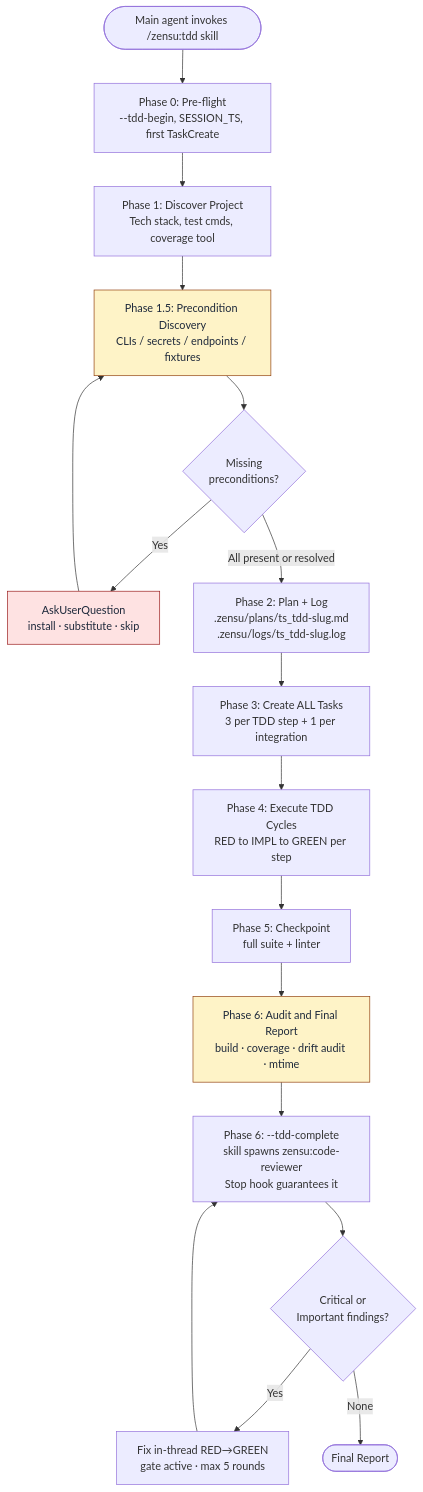
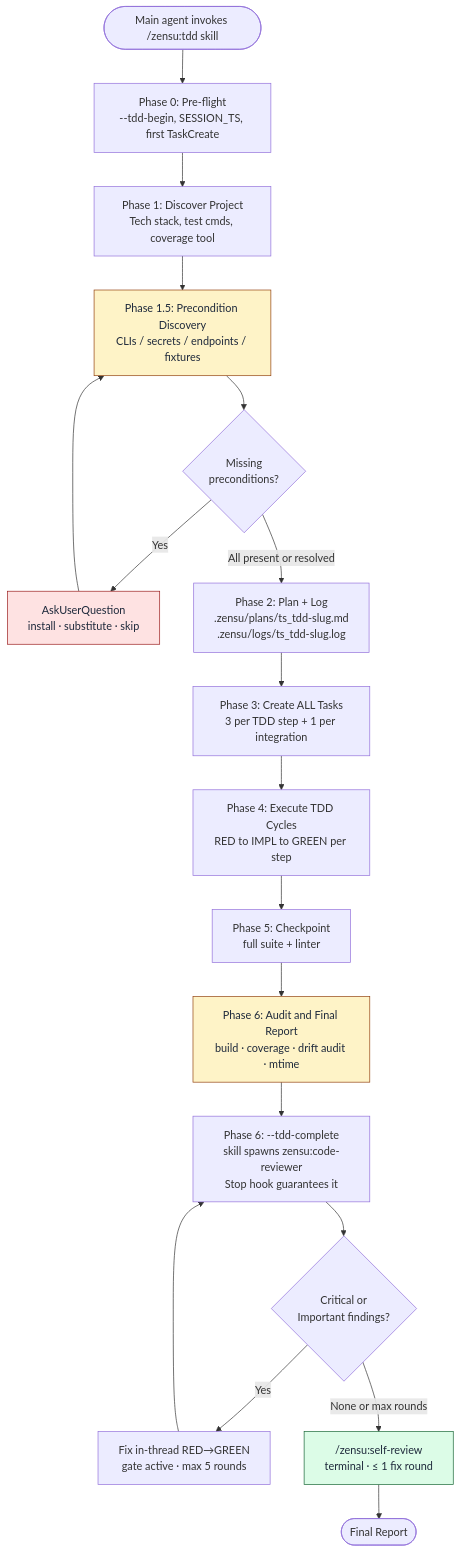
The first of 4 diagrams in docs/tdd-manager-workflow.md (MKITConsulting/zensu-claude-code), drawn with Mermaid before and after one commit. The commit also changed other lines of this file and 1 other file, not shown here.

Commit message:
docs: reflect /zensu:self-review terminal stage in workflow charts
The README "Agent & Workflow Overview" mermaid and the docs section-3
high-level chart still ended the implementation chain at code-reviewer /
Review Report. Add the terminal /zensu:self-review stage (converged ->
self-review -> Final Report) and re-point the artifact link from the
review report to the Final Report. Also quote the section-9 SelfRev node
label so the leading "/" is not mis-parsed as a mermaid parallelogram.

````diff
--- a/docs/tdd-manager-workflow.md
+++ b/docs/tdd-manager-workflow.md
@@ -54,23 +54,25 @@
 ```mermaid
 flowchart TD
     Start([Main agent invokes /zensu:tdd skill]) --> P0[Phase 0: Pre-flight<br/>--tdd-begin, SESSION_TS, first TaskCreate]
     P0 --> P1[Phase 1: Discover Project<br/>Tech stack, test cmds, coverage tool]
     P1 --> P15[Phase 1.5: Precondition Discovery<br/>CLIs / secrets / endpoints / fixtures]
     P15 --> Q{Missing<br/>preconditions?}
     Q -->|Yes| Ask[AskUserQuestion<br/>install · substitute · skip]
     Ask --> P15
     Q -->|All present or resolved| P2[Phase 2: Plan + Log<br/>.zensu/plans/ts_tdd-slug.md<br/>.zensu/logs/ts_tdd-slug.log]
     P2 --> P3[Phase 3: Create ALL Tasks<br/>3 per TDD step + 1 per integration]
     P3 --> P4[Phase 4: Execute TDD Cycles<br/>RED to IMPL to GREEN per step]
     P4 --> P5[Phase 5: Checkpoint<br/>full suite + linter]
     P5 --> P6[Phase 6: Audit and Final Report<br/>build · coverage · drift audit · mtime]
     P6 --> Review[Phase 6: --tdd-complete<br/>skill spawns zensu:code-reviewer<br/>Stop hook guarantees it]
     Review --> Findings{Critical or<br/>Important findings?}
     Findings -->|Yes| AutoFix[Fix in-thread RED→GREEN<br/>gate active · max 5 rounds]
     AutoFix --> Review
-    Findings -->|None| Done([Final Report])
+    Findings -->|None or max rounds| SelfRev["/zensu:self-review<br/>terminal · ≤ 1 fix round"]
+    SelfRev --> Done([Final Report])
 
     style P15 fill:#fef3c7,stroke:#92400e,color:#1e293b
     style P6 fill:#fef3c7,stroke:#92400e,color:#1e293b
     style Ask fill:#fee2e2,stroke:#991b1b,color:#1e293b
+    style SelfRev fill:#dcfce7,stroke:#166534,color:#1e293b
 ```
````
